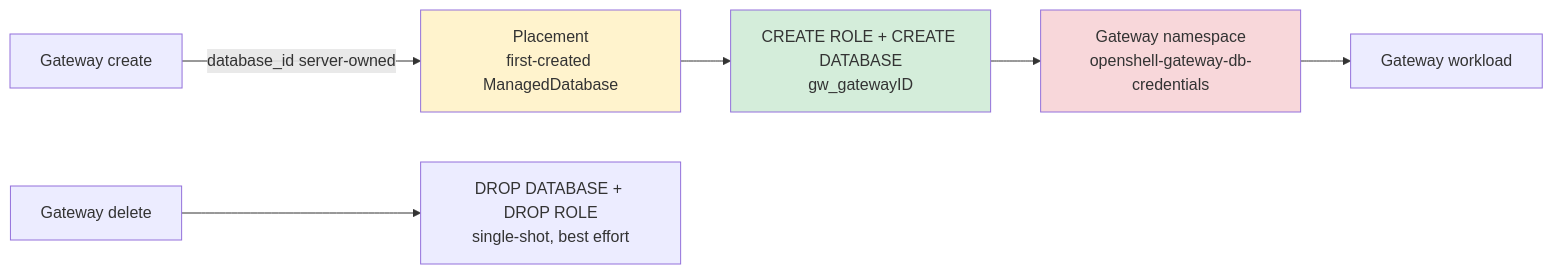
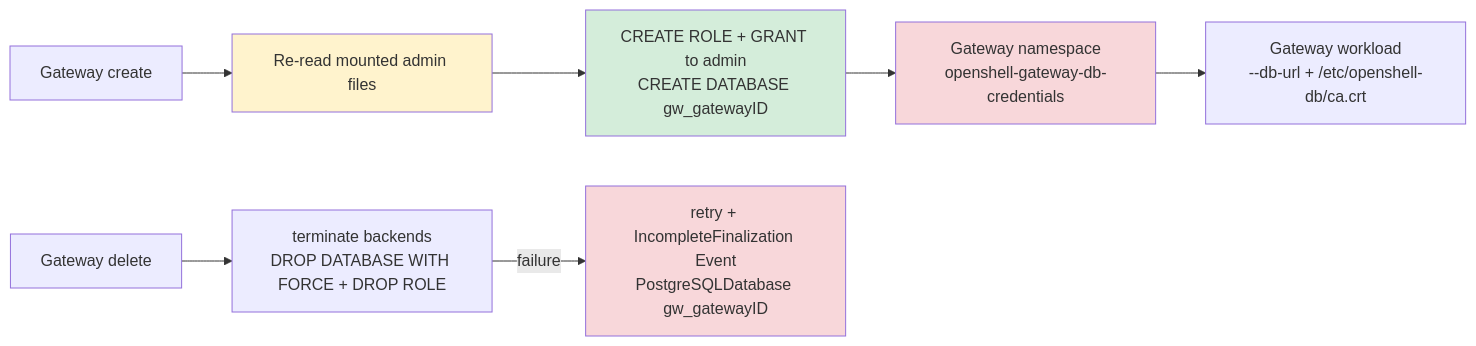
Before and after one commit to jonmosco/hypershell: the second of 2 diagrams in docs/architecture/source/data-plane.md, drawn with Mermaid. The commit also changed other lines of this file and 224 other files, not shown here.

````diff
--- a/docs/architecture/source/data-plane.md
+++ b/docs/architecture/source/data-plane.md
@@ -27,11 +27,13 @@
 ```mermaid
 graph LR
-  G[Gateway create] -->|database_id server-owned| P[Placement<br/>first-created ManagedDatabase]
-  P --> DDL[CREATE ROLE + CREATE DATABASE<br/>gw_gatewayID]
+  G[Gateway create] --> P[Re-read mounted admin files]
+  P --> DDL[CREATE ROLE + GRANT to admin<br/>CREATE DATABASE gw_gatewayID]
   DDL --> TSEC[Gateway namespace<br/>openshell-gateway-db-credentials]
-  TSEC --> W[Gateway workload]
-  D[Gateway delete] --> DROP[DROP DATABASE + DROP ROLE<br/>single-shot, best effort]
+  TSEC --> W[Gateway workload<br/>--db-url + /etc/openshell-db/ca.crt]
+  D[Gateway delete] --> DROP[terminate backends<br/>DROP DATABASE WITH FORCE + DROP ROLE]
+  DROP -->|failure| EV[retry + IncompleteFinalization Event<br/>PostgreSQLDatabase gw_gatewayID]
   style P fill:#fff3cd
+  style EV fill:#f8d7da
   style DDL fill:#d4edda
   style TSEC fill:#f8d7da
 ```
````
